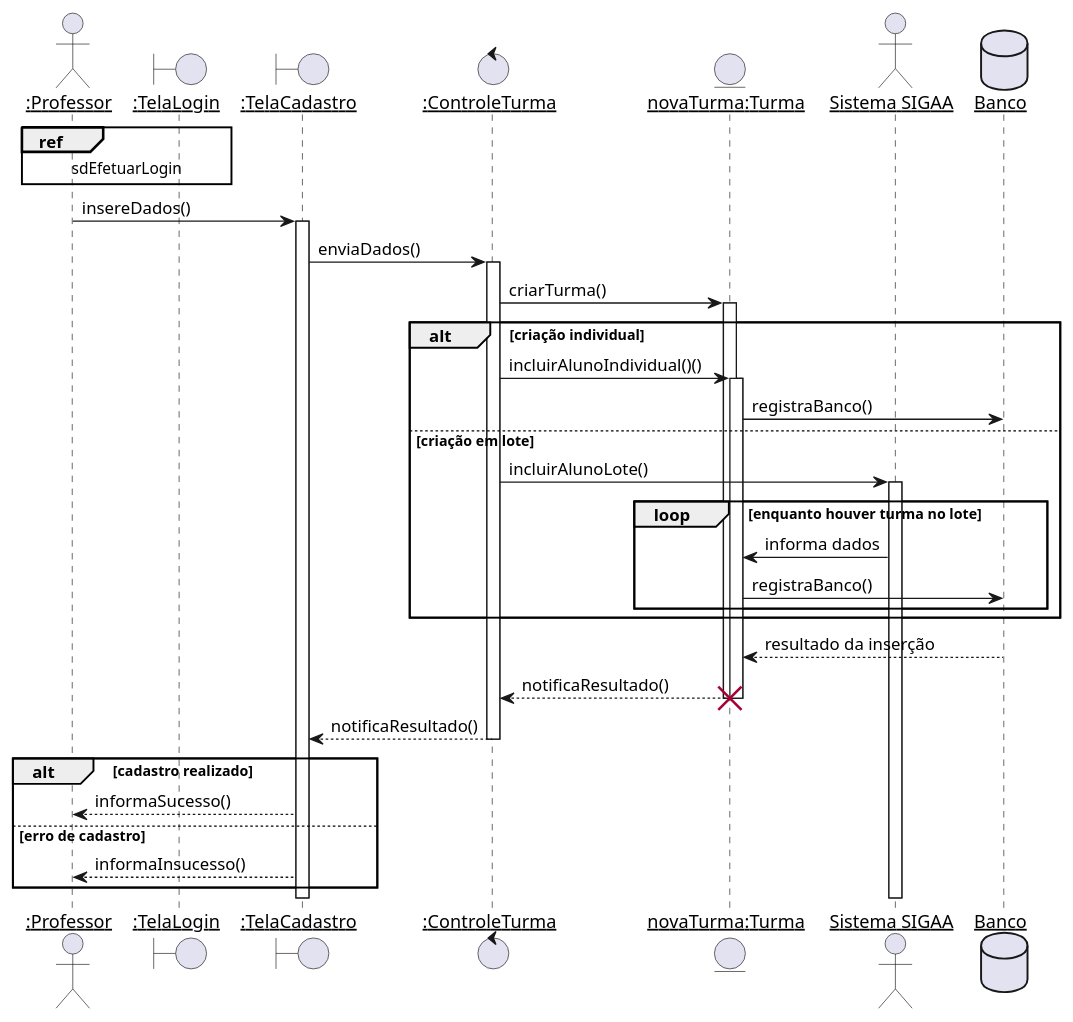
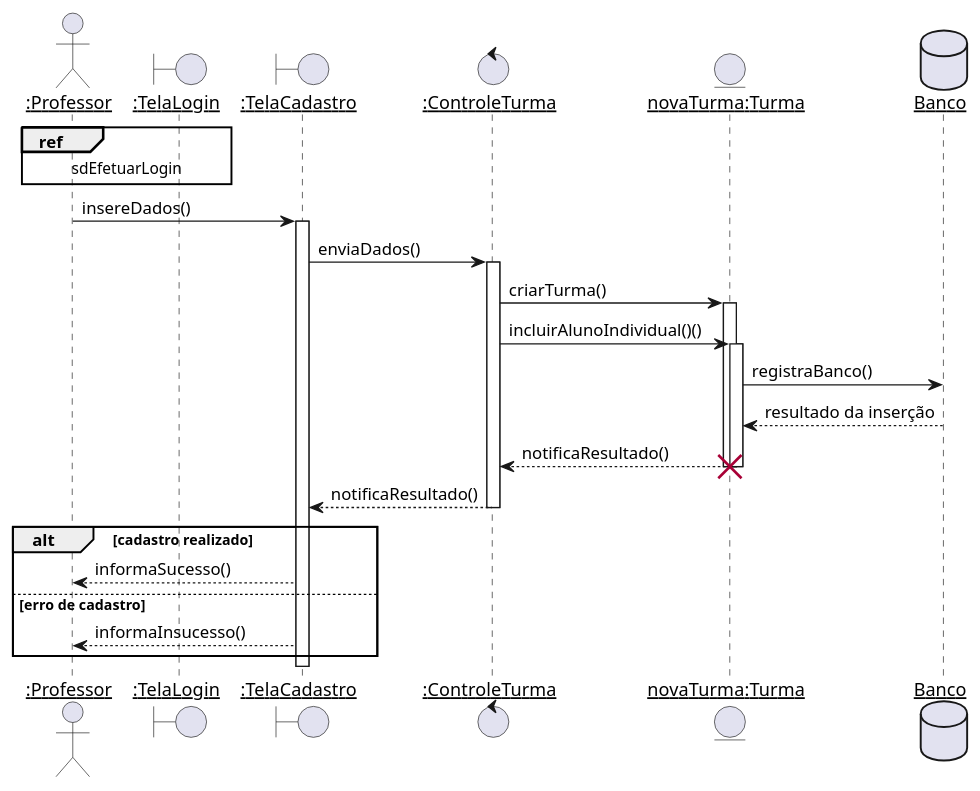
One commit to Pedro-V/projetorium changed the diagram in diagramas/sequencia/manter_turma.puml. Above: the diagram before and after it, drawn with PlantUML. The commit also changed 3 other files, not shown here.

Commit message:
Ator Sistema SIGAA e inclusão por lote removidos

```diff
--- a/diagramas/sequencia/manter_turma.puml
+++ b/diagramas/sequencia/manter_turma.puml
@@ -1,36 +1,27 @@
 @startuml
 skinparam sequenceParticipant underline
 
 actor ":Professor"  as Professor
 boundary ":TelaLogin"   as TelaLogin
 boundary ":TelaCadastro"    as TelaCadastro
 control ":ControleTurma" as ControleTurma
 entity "novaTurma:Turma" as novaTurma
-actor "Sistema SIGAA" as SIGAA
 database Banco
 
 ref over Professor, TelaLogin : sdEfetuarLogin
 Professor -> TelaCadastro ++: insereDados()
 TelaCadastro -> ControleTurma ++: enviaDados()
 ControleTurma -> novaTurma ++: criarTurma()
-alt criação individual 
-    ControleTurma -> novaTurma ++: incluirAlunoIndividual()()
-    novaTurma -> Banco : registraBanco()
-else criação em lote
-    ControleTurma -> SIGAA ++: incluirAlunoLote()
-    loop enquanto houver turma no lote
-        SIGAA -> novaTurma : informa dados
-        novaTurma -> Banco : registraBanco()
-    end
-end
+ControleTurma -> novaTurma ++: incluirAlunoIndividual()()
+novaTurma -> Banco : registraBanco()
 Banco --> novaTurma : resultado da inserção
 novaTurma --> ControleTurma --: notificaResultado()
 destroy novaTurma
 ControleTurma --> TelaCadastro --: notificaResultado()
 
 alt cadastro realizado
     TelaCadastro --> Professor : informaSucesso()
 else erro de cadastro
     TelaCadastro --> Professor : informaInsucesso()
 end
 @enduml
```
